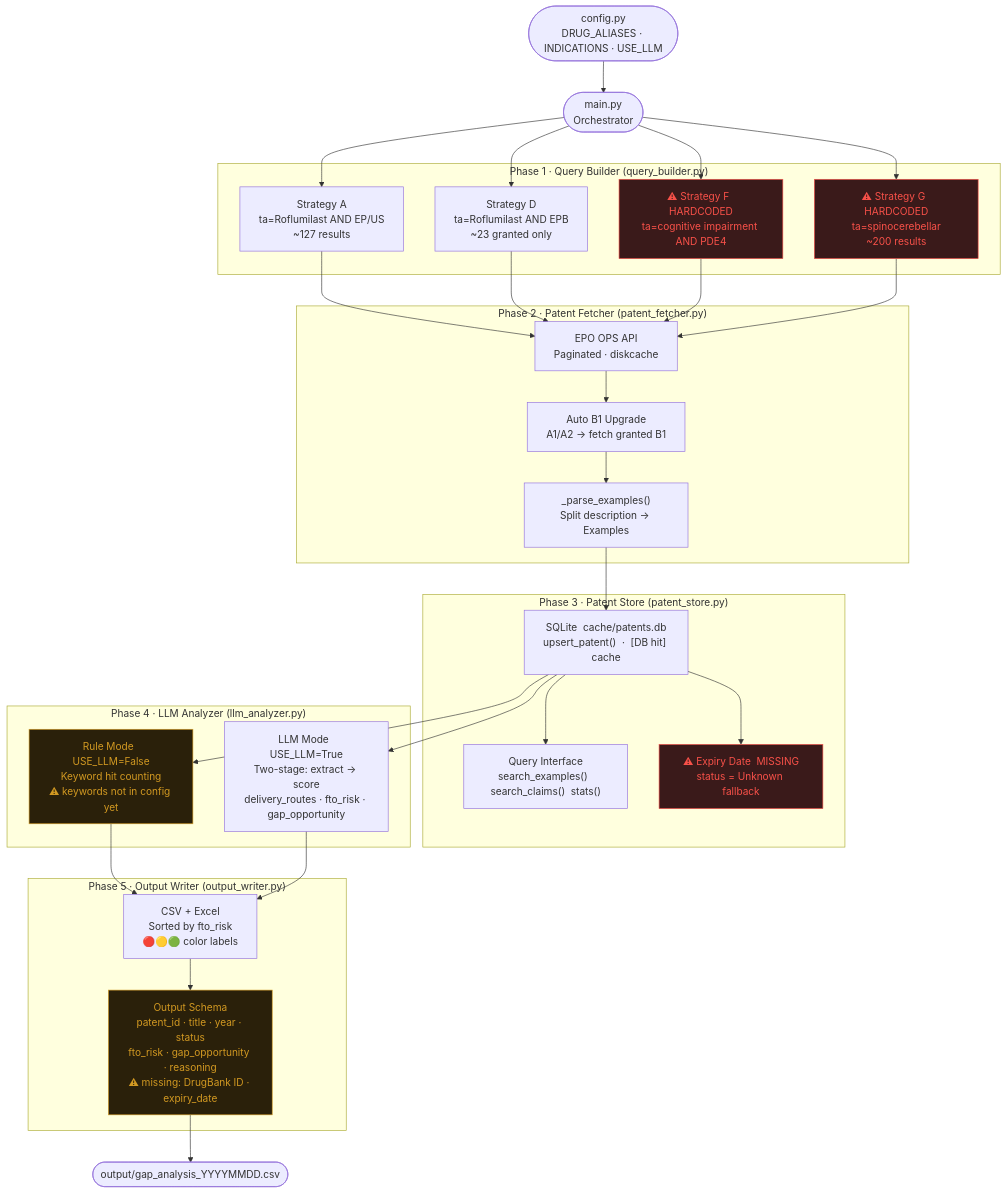
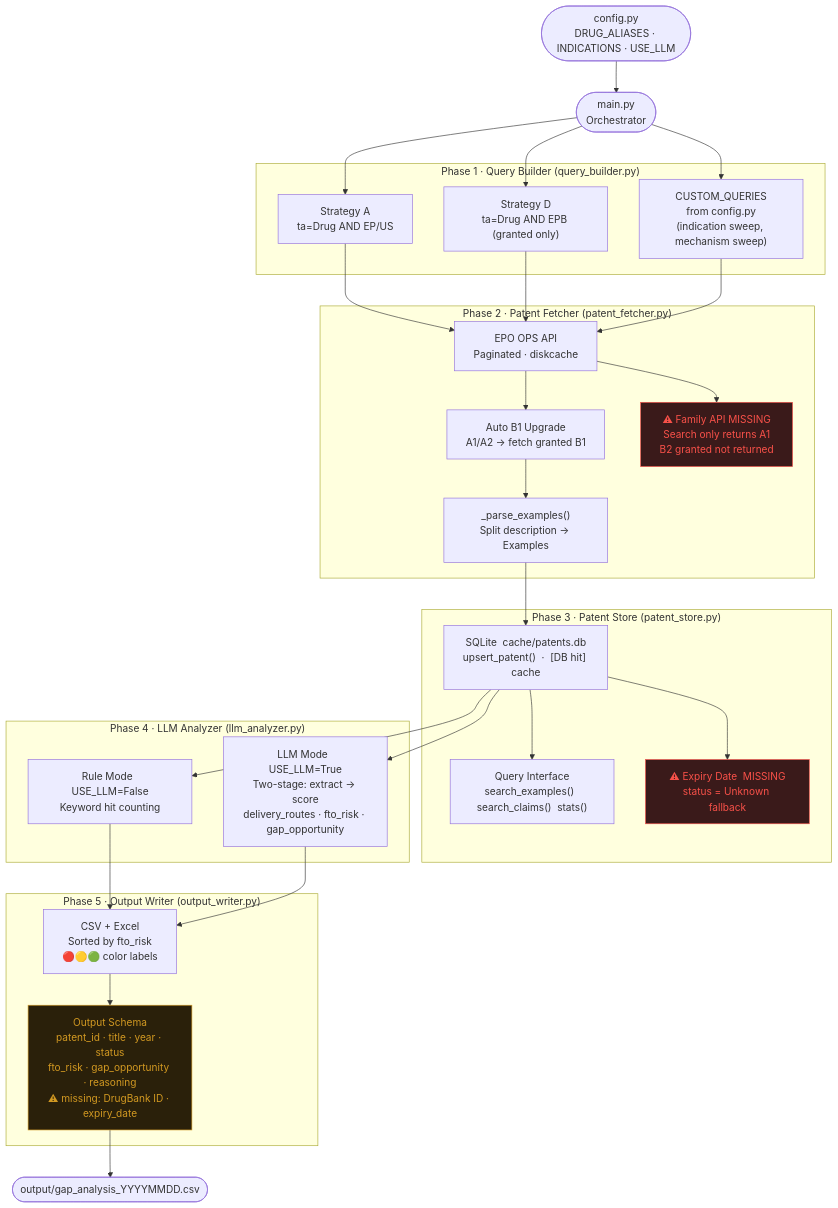
The diagram in docs/architecture.md (sandyteng0821/prior-art-tool), drawn with Mermaid before and after one commit. The commit also changed other lines of this file and 1 other file, not shown here.

Commit message:
docs: update architecture with B2 gap finding from Pemirolast x IPF run tests: add test_epo_search_vs_fetch to reproduce EPO family coverage issue

````diff
--- a/docs/architecture.md
+++ b/docs/architecture.md
@@ -17,65 +17,64 @@
 ```mermaid
 graph TD
     %% Entry
     CFG([config.py\nDRUG_ALIASES · INDICATIONS · USE_LLM])
     MAIN([main.py\nOrchestrator])
 
     CFG --> MAIN
 
     %% Phase 1
     subgraph P1["Phase 1 · Query Builder (query_builder.py)"]
-        QA["Strategy A\nta=Roflumilast AND EP/US\n~127 results"]
-        QD["Strategy D\nta=Roflumilast AND EPB\n~23 granted only"]
-        QF["⚠ Strategy F  HARDCODED\nta=cognitive impairment AND PDE4"]
-        QG["⚠ Strategy G  HARDCODED\nta=spinocerebellar\n~200 results"]
+        QA["Strategy A\nta=Drug AND EP/US"]
+        QD["Strategy D\nta=Drug AND EPB (granted only)"]
+        QCQ["CUSTOM_QUERIES\nfrom config.py\n(indication sweep, mechanism sweep)"]
     end
 
-    MAIN --> QA & QD & QF & QG
+    MAIN --> QA & QD & QCQ
 
     %% Phase 2
     subgraph P2["Phase 2 · Patent Fetcher (patent_fetcher.py)"]
         EPOAPI["EPO OPS API\nPaginated · diskcache"]
         B1["Auto B1 Upgrade\nA1/A2 → fetch granted B1"]
         PARSE["_parse_examples()\nSplit description → Examples"]
+        FAMILY["⚠ Family API  MISSING\nSearch only returns A1\nB2 granted not returned"]
     end
 
-    QA & QD & QF & QG --> EPOAPI
+    QA & QD & QCQ --> EPOAPI
     EPOAPI --> B1 --> PARSE
+    EPOAPI --> FAMILY
 
     %% Phase 3
     subgraph P3["Phase 3 · Patent Store (patent_store.py)"]
         DB["SQLite  cache/patents.db\nupsert_patent()  ·  [DB hit] cache"]
         SEARCH["Query Interface\nsearch_examples()  search_claims()  stats()"]
         EXPIRY["⚠ Expiry Date  MISSING\nstatus = Unknown fallback"]
     end
 
     PARSE --> DB
     DB --> SEARCH
     DB --> EXPIRY
 
     %% Phase 4
     subgraph P4["Phase 4 · LLM Analyzer (llm_analyzer.py)"]
-        RULE["Rule Mode  USE_LLM=False\nKeyword hit counting\n⚠ keywords not in config yet"]
+        RULE["Rule Mode  USE_LLM=False\nKeyword hit counting"]
         LLM["LLM Mode  USE_LLM=True\nTwo-stage: extract → score\ndelivery_routes · fto_risk · gap_opportunity"]
     end
 
     DB --> RULE & LLM
 
     %% Phase 5
     subgraph P5["Phase 5 · Output Writer (output_writer.py)"]
         CSV["CSV + Excel\nSorted by fto_risk\n🔴🟡🟢 color labels"]
         SCHEMA["Output Schema\npatent_id · title · year · status\nfto_risk · gap_opportunity · reasoning\n⚠ missing: DrugBank ID · expiry_date"]
     end
 
     RULE & LLM --> CSV
     CSV --> SCHEMA
 
     SCHEMA --> OUT([output/gap_analysis_YYYYMMDD.csv])
 
     %% Styles
-    style QF fill:#3a1a1a,stroke:#f85149,color:#f85149
-    style QG fill:#3a1a1a,stroke:#f85149,color:#f85149
+    style FAMILY fill:#3a1a1a,stroke:#f85149,color:#f85149
     style EXPIRY fill:#3a1a1a,stroke:#f85149,color:#f85149
-    style RULE fill:#2a200a,stroke:#d29922,color:#d29922
     style SCHEMA fill:#2a200a,stroke:#d29922,color:#d29922
 ```
````
